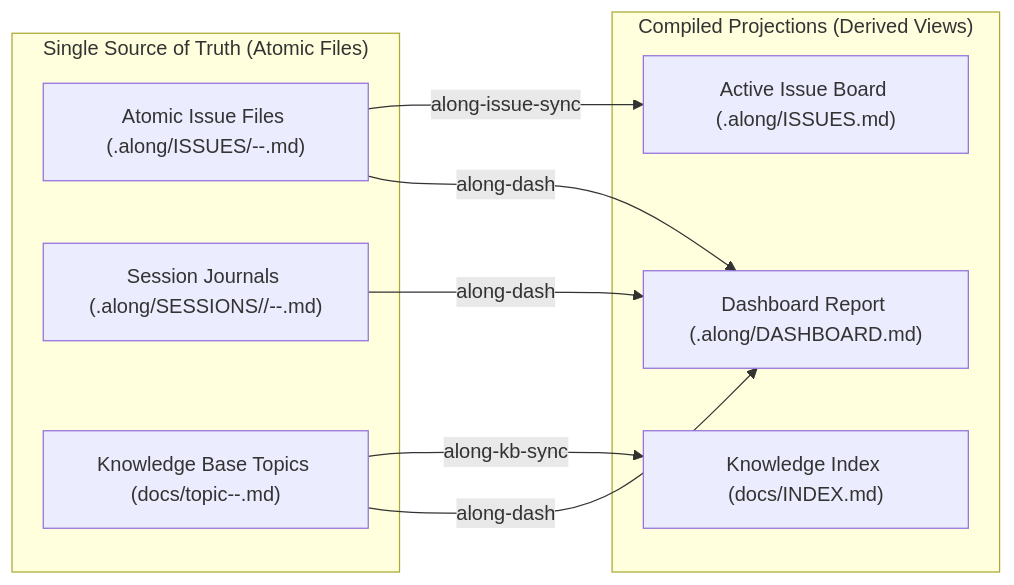
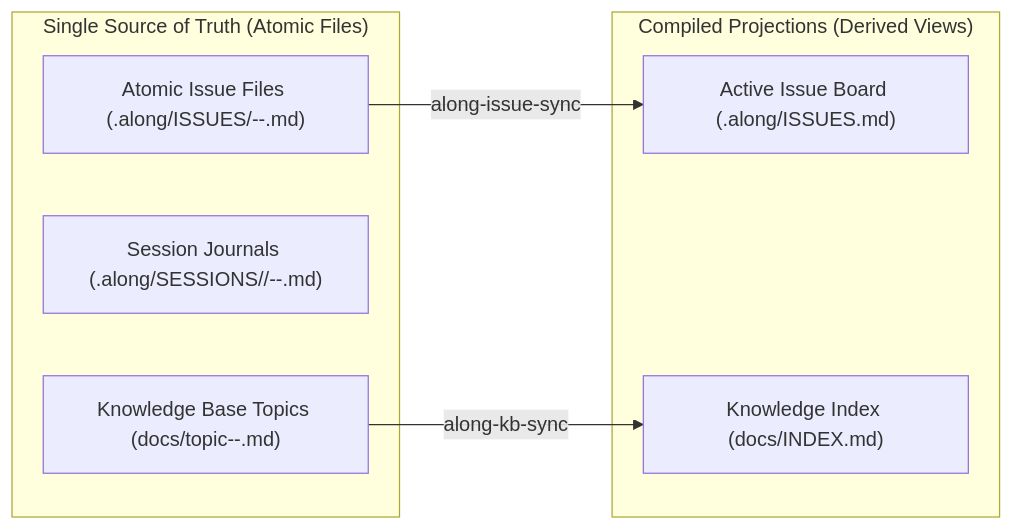
The second of 5 diagrams in docs/topic--architecture.md (actdim/along), drawn with Mermaid before and after one commit. The commit also changed other lines of this file and 74 other files, not shown here.

````diff
--- a/docs/topic--architecture.md
+++ b/docs/topic--architecture.md
@@ -104,18 +104,16 @@
 ```mermaid
 flowchart LR
     subgraph SSOT["Single Source of Truth (Atomic Files)"]
         I["Atomic Issue Files (.along/ISSUES/<type>--<slug>.md)"]
         S["Session Journals (.along/SESSIONS/<YYYY>/<date>--<slug>.md)"]
         T["Knowledge Base Topics (docs/topic--<slug>.md)"]
     end
 
     subgraph Projections["Compiled Projections (Derived Views)"]
         IB["Active Issue Board (.along/ISSUES.md)"]
         KI["Knowledge Index (docs/INDEX.md)"]
-        DB["Dashboard Report (.along/DASHBOARD.md)"]
     end
 
     I -->|along-issue-sync| IB
     T -->|along-kb-sync| KI
-    I & S & T -->|along-dash| DB
 ```
````
